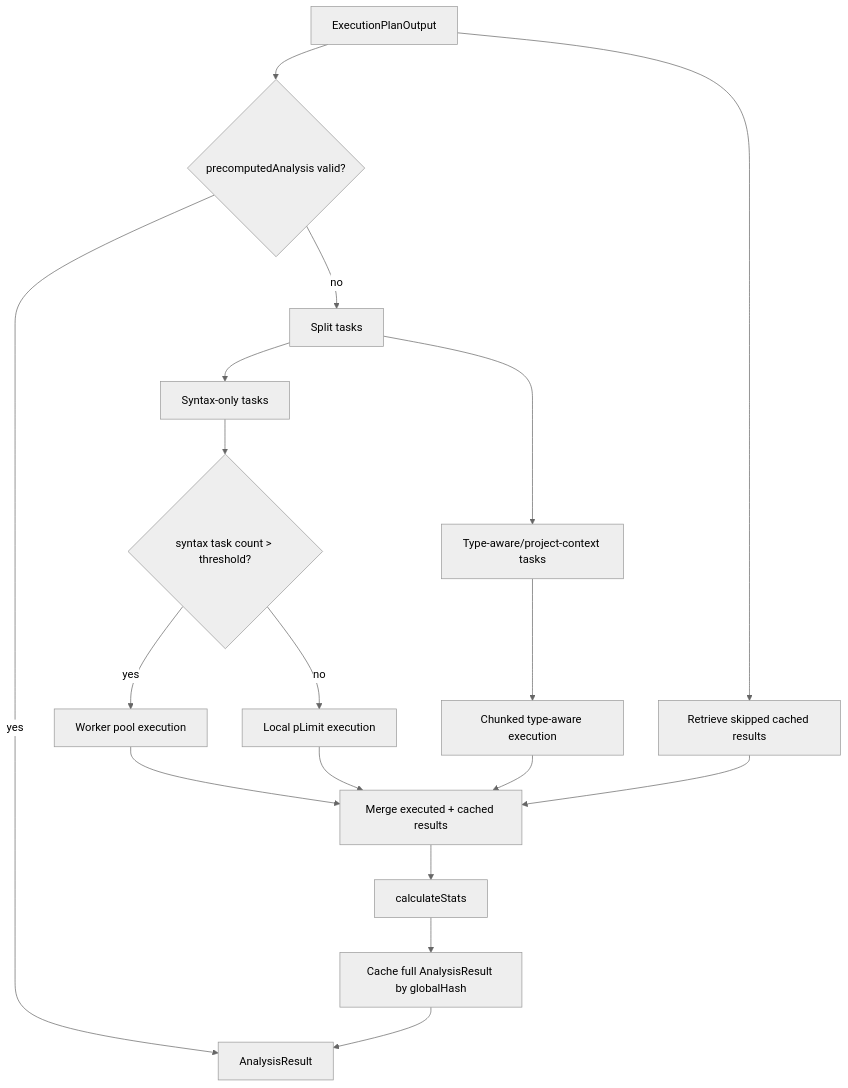
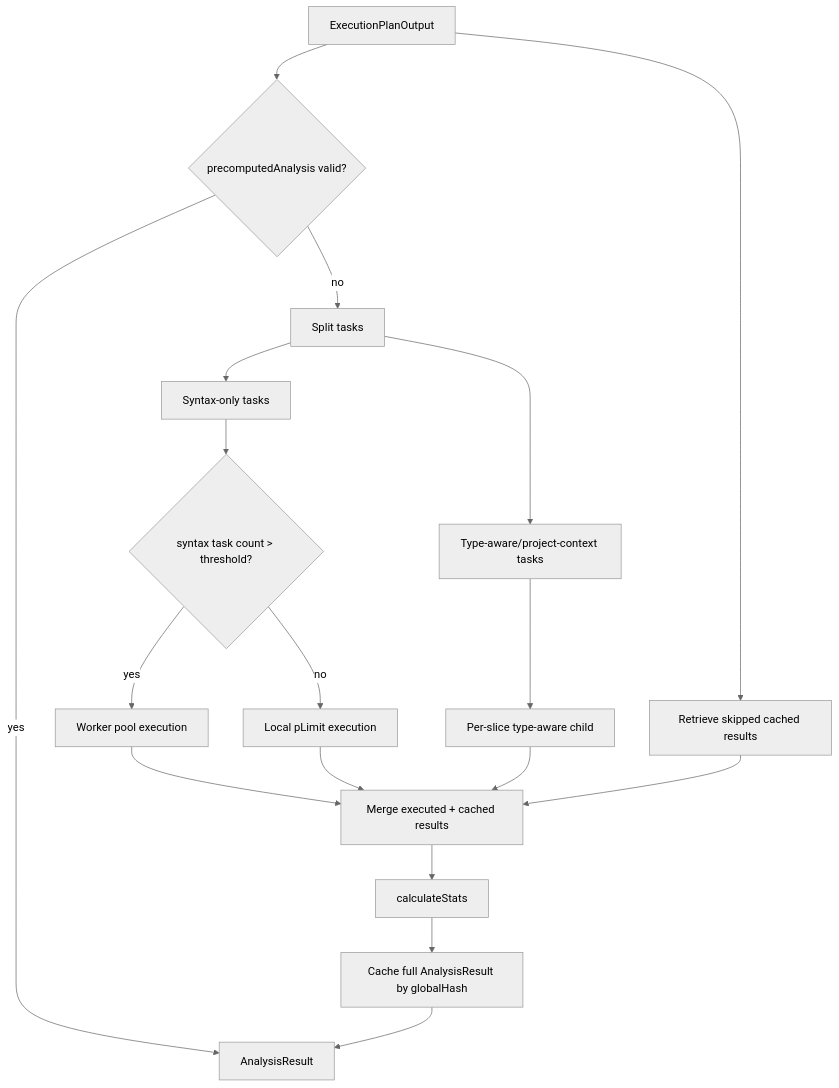
Before and after one commit to RoadmapDevelop/ngcompass: diagram 12 of 23 in docs/architecture.md, drawn with Mermaid (neutral theme). The commit also changed other lines of this file and 29 other files, not shown here.

````diff
--- a/docs/architecture.md
+++ b/docs/architecture.md
@@ -569,27 +568,27 @@
 ```mermaid
 flowchart TD
     Plan["ExecutionPlanOutput"]
     Precomputed{"precomputedAnalysis valid?"}
     Split["Split tasks"]
     Syntax["Syntax-only tasks"]
     TypeAware["Type-aware/project-context tasks"]
     WorkerDecision{"syntax task count > threshold?"}
     WorkerPool["Worker pool execution"]
     Local["Local pLimit execution"]
-    TypeChunks["Chunked type-aware execution"]
+    TypeChunks["Per-slice type-aware child"]
     Cached["Retrieve skipped cached results"]
     Merge["Merge executed + cached results"]
     Stats["calculateStats"]
     Persist["Cache full AnalysisResult by globalHash"]
     Result["AnalysisResult"]
 
     Plan --> Precomputed
     Precomputed -- yes --> Result
     Precomputed -- no --> Split
     Split --> Syntax --> WorkerDecision
     WorkerDecision -- yes --> WorkerPool --> Merge
     WorkerDecision -- no --> Local --> Merge
     Split --> TypeAware --> TypeChunks --> Merge
     Plan --> Cached --> Merge
     Merge --> Stats --> Persist --> Result
 ```
````
